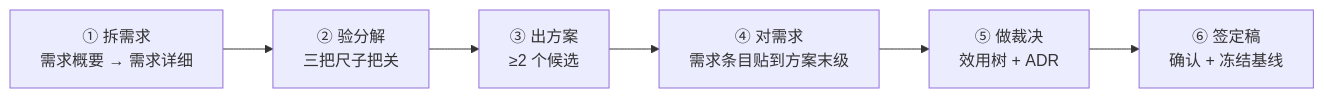
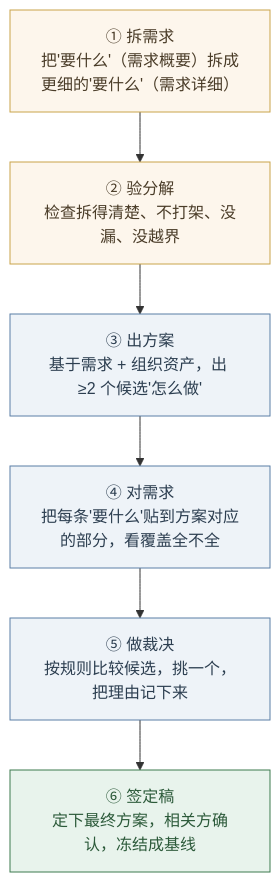
One commit to Yongjunzhou/AOS-system-design changed the ninth of 16 diagrams in 50-research/01-设计开发概念精讲-从需求到质量基座.md. Above: the diagram before and after it, drawn with Mermaid. The commit also changed other lines of this file and 6 other files, not shown here.

````diff
--- a/50-research/01-设计开发概念精讲-从需求到质量基座.md
+++ b/50-research/01-设计开发概念精讲-从需求到质量基座.md
@@ -452,8 +454,16 @@
 ```mermaid
-flowchart LR
-    A["① 拆需求<br/>需求概要 → 需求详细"] --> B["② 验分解<br/>三把尺子把关"]
-    B --> C["③ 出方案<br/>≥2 个候选"]
-    C --> D["④ 对需求<br/>需求条目贴到方案末级"]
-    D --> E["⑤ 做裁决<br/>效用树 + ADR"]
-    E --> F["⑥ 签定稿<br/>确认 + 冻结基线"]
+flowchart TB
+    A["① 拆需求<br/>把'要什么'（需求概要）拆成更细的'要什么'（需求详细）"]
+    B["② 验分解<br/>检查拆得清楚、不打架、没漏、没越界"]
+    C["③ 出方案<br/>基于需求 + 组织资产，出 ≥2 个候选'怎么做'"]
+    D["④ 对需求<br/>把每条'要什么'贴到方案对应的部分，看覆盖全不全"]
+    E["⑤ 做裁决<br/>按规则比较候选，挑一个，把理由记下来"]
+    F["⑥ 签定稿<br/>定下最终方案，相关方确认，冻结成基线"]
+    A --> B --> C --> D --> E --> F
+    classDef req fill:#fdf6ec,stroke:#c9a44a,color:#4a3c28;
+    classDef sol fill:#eef3f8,stroke:#5b7fa6,color:#2c3e50;
+    classDef fin fill:#e8f3ec,stroke:#3d7a4f,color:#2c5a3a;
+    class A,B req;
+    class C,D,E sol;
+    class F fin;
 ```
````
